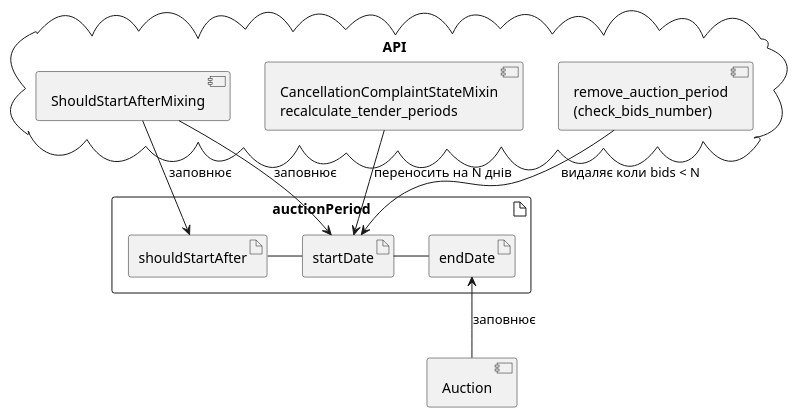
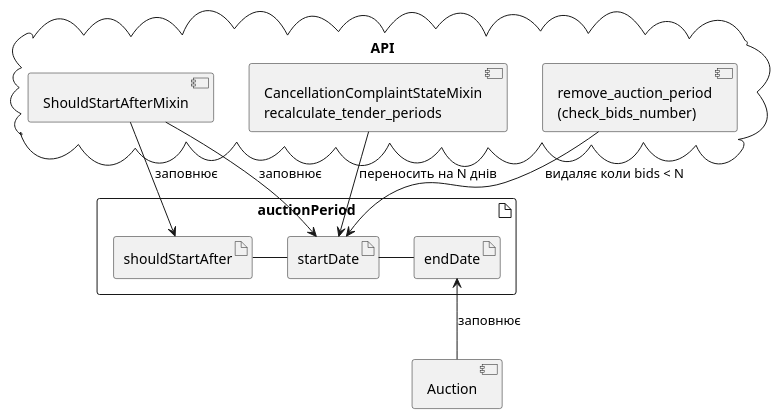
Before and after one commit to ProzorroUKR/openprocurement.api: the diagram in docs/source/features/diagrams/auction_planning/by_api.puml, drawn with PlantUML. The commit also changed 337 other files, not shown here.

```diff
--- a/docs/source/features/diagrams/auction_planning/by_api.puml
+++ b/docs/source/features/diagrams/auction_planning/by_api.puml
@@ -1,36 +1,36 @@
 @startuml
 
 
 artifact auctionPeriod {
     artifact shouldStartAfter
     artifact startDate
     artifact endDate
     shouldStartAfter -r- startDate
     startDate -r- endDate
 }
 
 
 
 
 
 cloud API {
-    component ShouldStartAfterMixing
-    ShouldStartAfterMixing --> shouldStartAfter: заповнює
+    component ShouldStartAfterMixin
+    ShouldStartAfterMixin --> shouldStartAfter: заповнює
 
-    component ShouldStartAfterMixing
-    ShouldStartAfterMixing --> startDate: заповнює
+    component ShouldStartAfterMixin
+    ShouldStartAfterMixin --> startDate: заповнює
 
     component "CancellationComplaintStateMixin\nrecalculate_tender_periods" as recalculate_tender_periods
     recalculate_tender_periods --> startDate: переносить на N днів
 
     component "remove_auction_period\n(check_bids_number)" as remove_auction_period
     remove_auction_period --> startDate: видаляє коли bids < N
 
 }
 
 
 component Auction
 Auction -up-> endDate: заповнює
 
 
 @enduml
```
